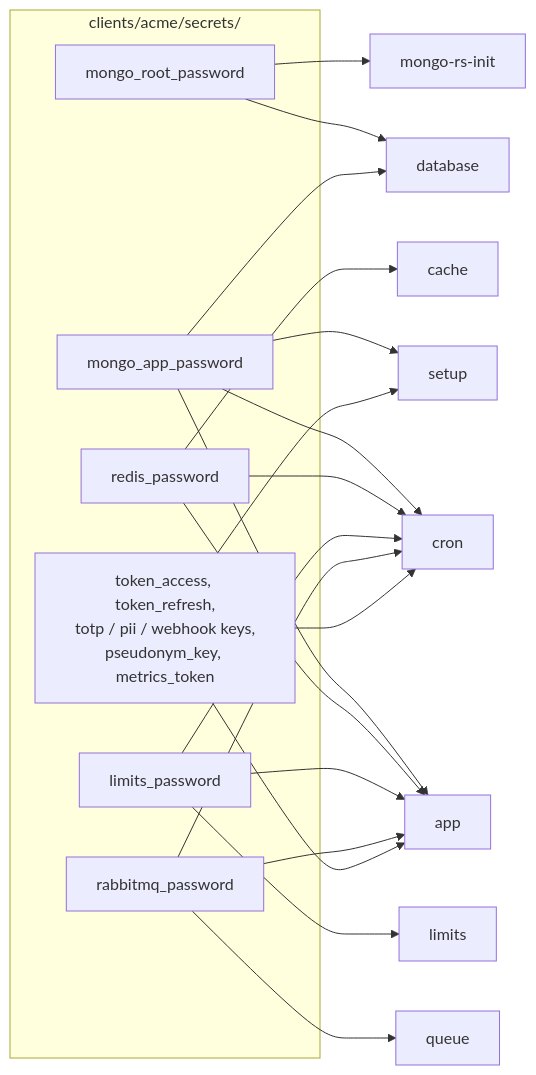
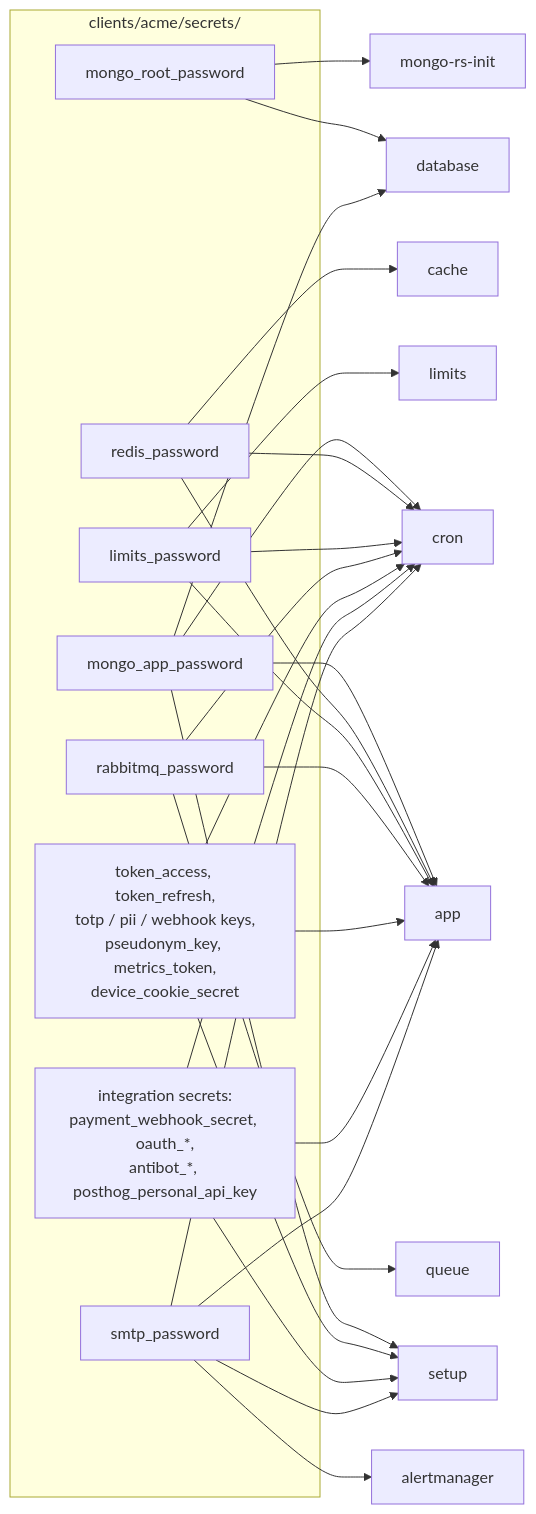
One commit to Guebbit/boilerplate-node-backend changed the second of 2 diagrams in docs/operate/first-deploy.md. Above: the diagram before and after it, drawn with Mermaid. The commit also changed other lines of this file and 10 other files, not shown here.

First line of the commit message:
fix(deploy): hand the app's integration secrets to its services as files

````diff
--- a/docs/operate/first-deploy.md
+++ b/docs/operate/first-deploy.md
@@ -79,29 +79,38 @@
 ```mermaid
 flowchart LR
     subgraph files["clients/acme/secrets/"]
         root["mongo_root_password"]
         appdb["mongo_app_password"]
         redis["redis_password"]
         limits_file["limits_password"]
         rabbit["rabbitmq_password"]
-        keys["token_access, token_refresh,<br/>totp / pii / webhook keys,<br/>pseudonym_key, metrics_token"]
+        keys["token_access, token_refresh,<br/>totp / pii / webhook keys,<br/>pseudonym_key, metrics_token,<br/>device_cookie_secret"]
+        integrations["integration secrets:<br/>payment_webhook_secret, oauth_*,<br/>antibot_*, posthog_personal_api_key"]
+        smtp["smtp_password"]
     end
     root --> database
     root --> rsinit["mongo-rs-init"]
     appdb --> database
     appdb --> app
     appdb --> cron
     appdb --> setup
     redis --> cache
     redis --> app
     redis --> cron
     limits_file --> limits
     limits_file --> app
     limits_file --> cron
     rabbit --> queue
     rabbit --> app
     rabbit --> cron
     keys --> app
     keys --> cron
     keys --> setup
+    integrations --> app
+    integrations --> cron
+    integrations --> setup
+    smtp --> app
+    smtp --> cron
+    smtp --> setup
+    smtp --> alertmanager
 ```
````
